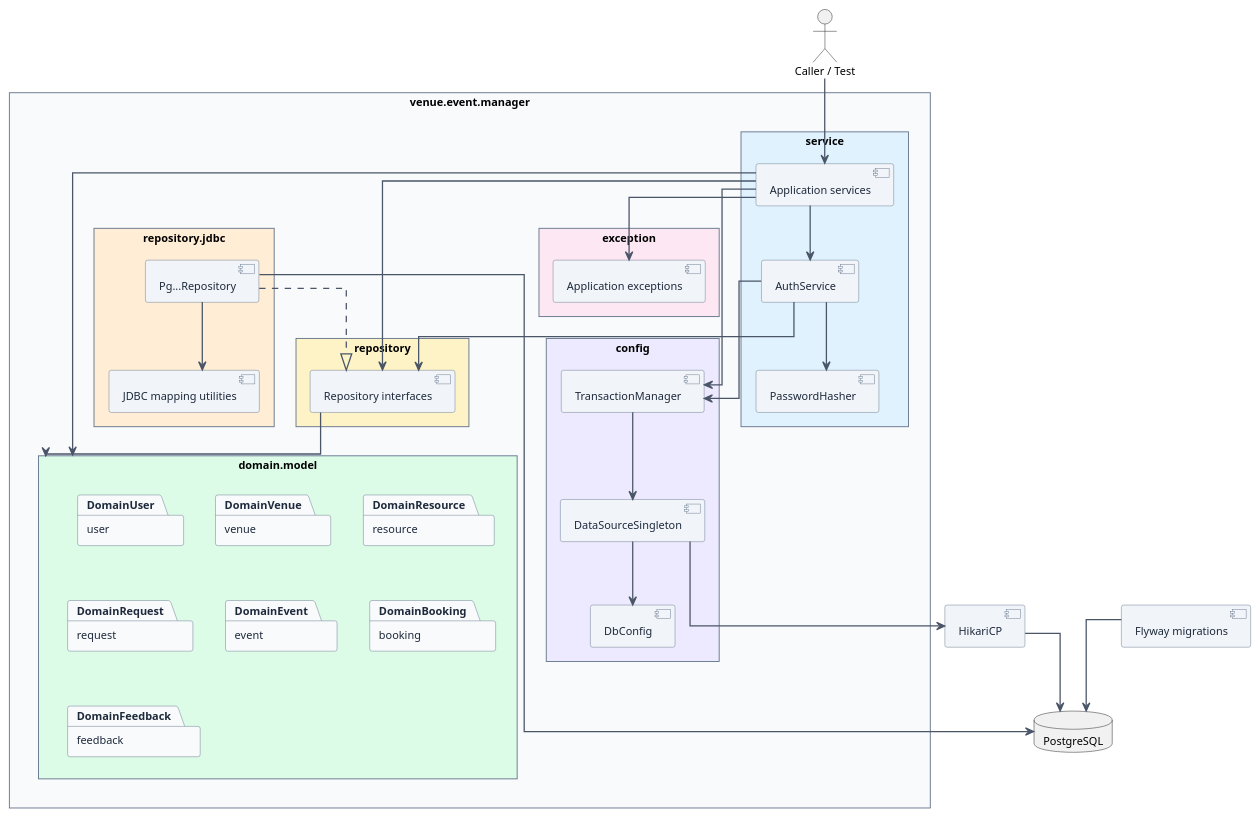
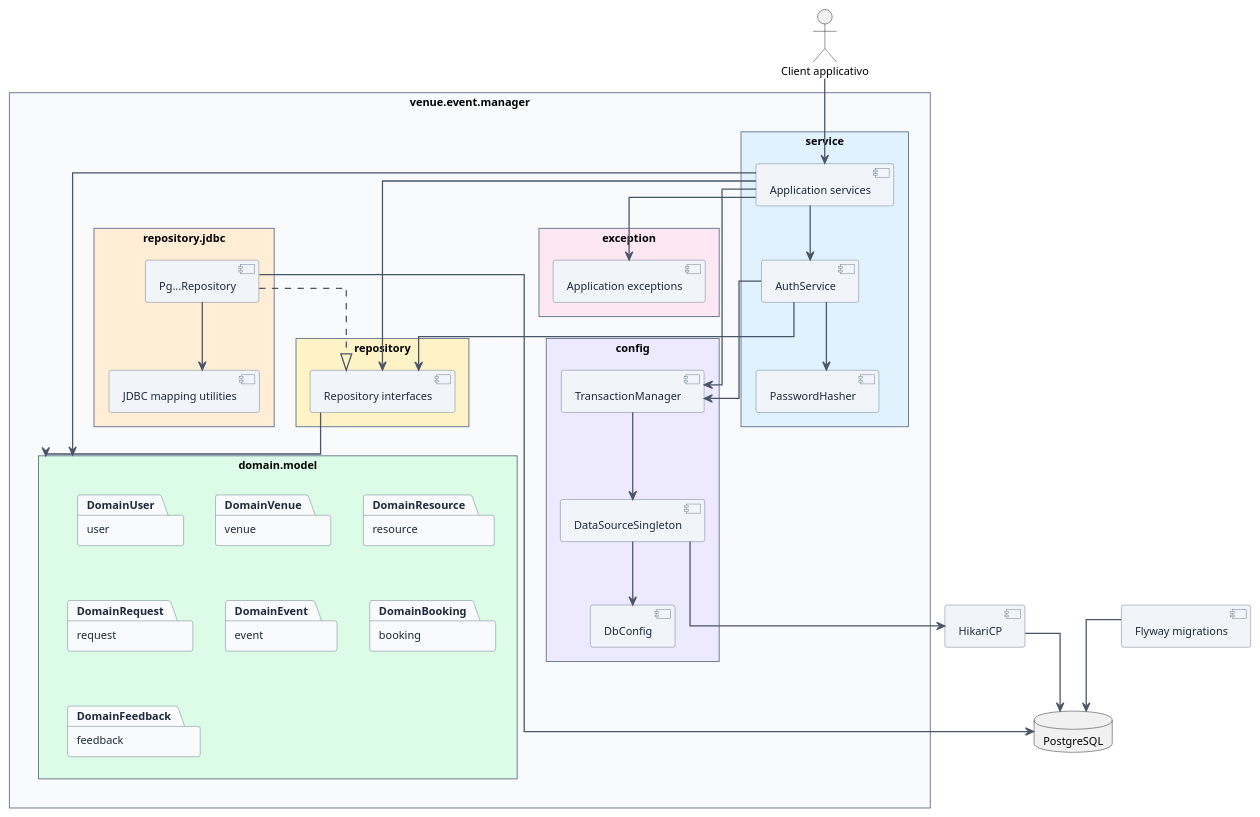
Before and after one commit to MeruemMeurel/Venue_Event_Organiser: the diagram in docs/diagrams/architecture/package-architecture.puml, drawn with PlantUML. The commit also changed 4 other files, not shown here.

Commit message:
docs: clarify architecture entry point

```diff
--- a/docs/diagrams/architecture/package-architecture.puml
+++ b/docs/diagrams/architecture/package-architecture.puml
@@ -1,91 +1,91 @@
 @startuml
 skinparam style strictuml
 skinparam shadowing false
 skinparam DefaultFontName "Helvetica"
 skinparam DefaultFontSize 12
 skinparam ArrowColor #4A5568
 skinparam ArrowThickness 1.4
 skinparam packageStyle rectangle
 skinparam linetype ortho
 
 skinparam package {
     BackgroundColor #F8FAFC
     BorderColor #64748B
     FontColor #1E293B
 }
 
 skinparam component {
     BackgroundColor #F1F5F9
     BorderColor #64748B
     FontColor #1E293B
 }
 
 top to bottom direction
 
-actor "Caller / Test" as Caller
+actor "Client applicativo" as Caller
 
 package "venue.event.manager" as Root {
     package "service" as Service #E0F2FE {
         component "Application services" as Services
         component "AuthService" as Auth
         component "PasswordHasher" as Hasher
     }
 
     package "domain.model" as Domain #DCFCE7 {
         package "user" as DomainUser
         package "venue" as DomainVenue
         package "resource" as DomainResource
         package "request" as DomainRequest
         package "event" as DomainEvent
         package "booking" as DomainBooking
         package "feedback" as DomainFeedback
     }
 
     package "repository" as Repository #FEF3C7 {
         component "Repository interfaces" as RepositoryContracts
     }
 
     package "repository.jdbc" as Jdbc #FFEDD5 {
         component "Pg...Repository" as PgRepositories
         component "JDBC mapping utilities" as JdbcUtilities
     }
 
     package "config" as Config #EDE9FE {
         component "TransactionManager" as TransactionManager
         component "DataSourceSingleton" as DataSource
         component "DbConfig" as DbConfig
     }
 
     package "exception" as Exception #FCE7F3 {
         component "Application exceptions" as ApplicationExceptions
     }
 }
 
 database "PostgreSQL" as PostgreSQL
 component "HikariCP" as Hikari
 component "Flyway migrations" as Flyway
 
 Caller --> Services
 
 Services --> Domain
 Services --> RepositoryContracts
 Services --> TransactionManager
 Services --> ApplicationExceptions
 Services --> Auth
 Auth --> Hasher
 Auth --> RepositoryContracts
 Auth --> TransactionManager
 
 RepositoryContracts --> Domain
 
 PgRepositories ..|> RepositoryContracts
 PgRepositories --> JdbcUtilities
 PgRepositories --> PostgreSQL
 
 TransactionManager --> DataSource
 DataSource --> DbConfig
 DataSource --> Hikari
 Hikari --> PostgreSQL
 Flyway --> PostgreSQL
 
 @enduml
```
